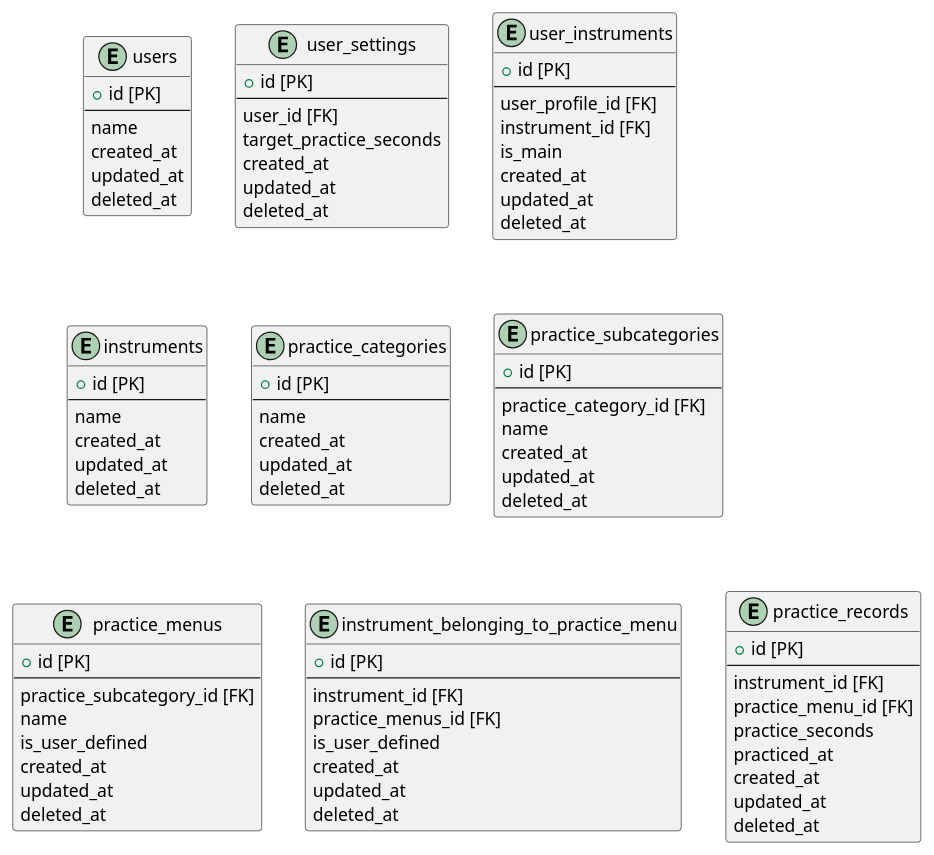
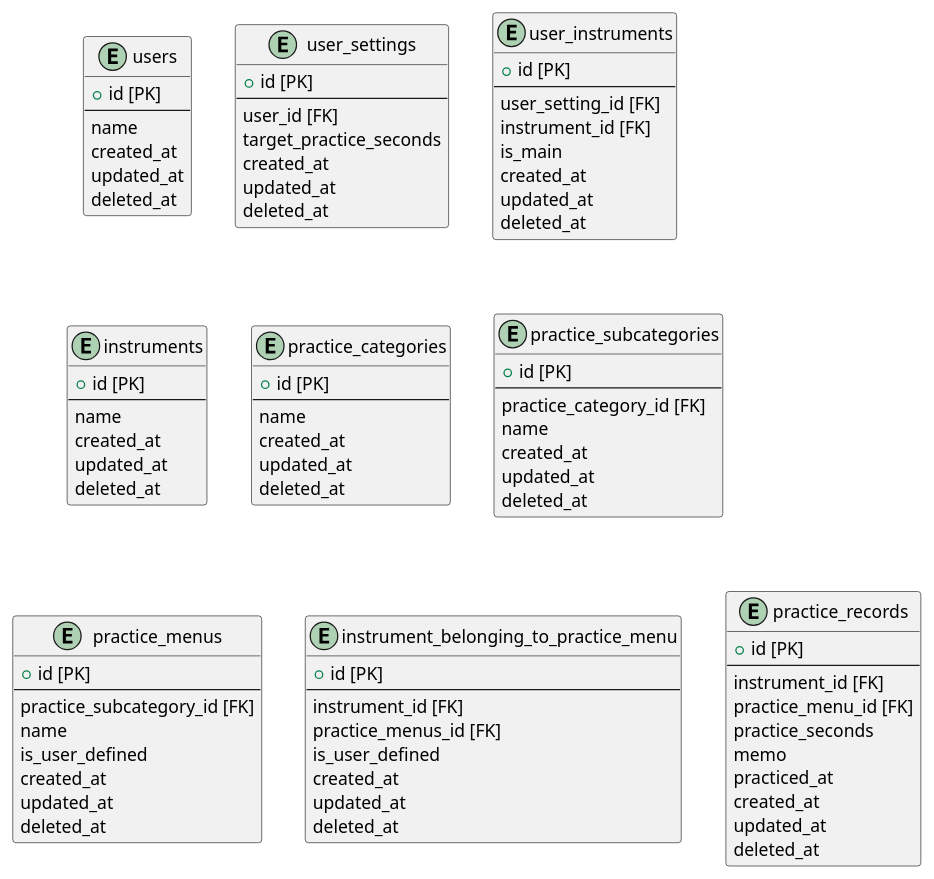
Before and after one commit to rentaroMinami/musical-instruments-practice: the diagram in documents/tables.pu, drawn with PlantUML. The commit also changed 2 other files, not shown here.

```diff
--- a/documents/tables.pu
+++ b/documents/tables.pu
@@ -1,96 +1,97 @@
 @startuml tables
 entity users {
     + id [PK]
     --
     name
     created_at
     updated_at
     deleted_at
 }
 
 entity user_settings {
     + id [PK]
     --
     user_id [FK]
     target_practice_seconds
     created_at
     updated_at
     deleted_at
 }
 
 entity user_instruments {
     + id [PK]
     --
-    user_profile_id [FK]
+    user_setting_id [FK]
     instrument_id [FK]
     is_main
     created_at
     updated_at
     deleted_at
 }
 
 entity instruments {
     + id [PK]
     --
     name
     created_at
     updated_at
     deleted_at
 }
 
 entity practice_categories {
     + id [PK]
     --
     name
     created_at
     updated_at
     deleted_at
 }
 
 entity practice_subcategories {
     + id [PK]
     --
     practice_category_id [FK]
     name
     created_at
     updated_at
     deleted_at
 }
 
 entity practice_menus {
     + id [PK]
     --
     practice_subcategory_id [FK]
     name
     is_user_defined
     created_at
     updated_at
     deleted_at
 }
 
 entity instrument_belonging_to_practice_menu {
     + id [PK]
     --
     instrument_id [FK]
     practice_menus_id [FK]
     is_user_defined
     created_at
     updated_at
     deleted_at
 }
 
 entity practice_records {
     + id [PK]
     --
     instrument_id [FK]
     practice_menu_id [FK]
     practice_seconds
+    memo
     practiced_at
     created_at
     updated_at
     deleted_at
 }
 
 
 
 @enduml
```
